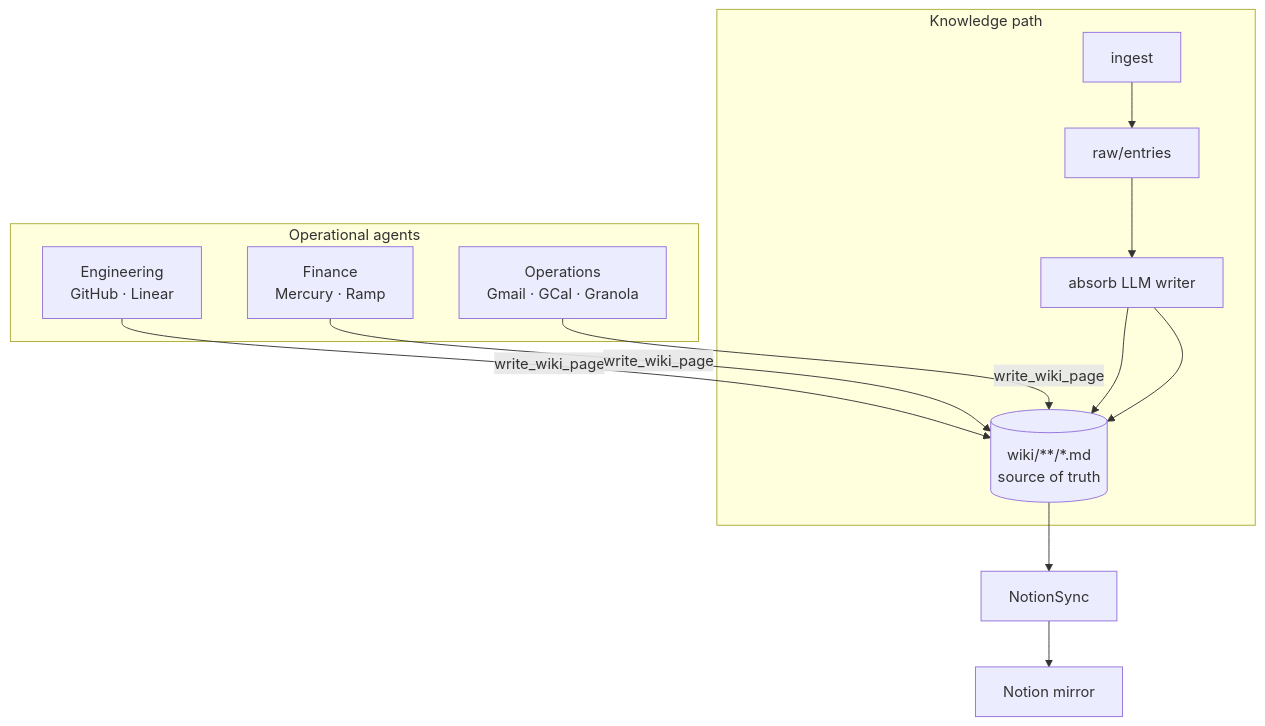
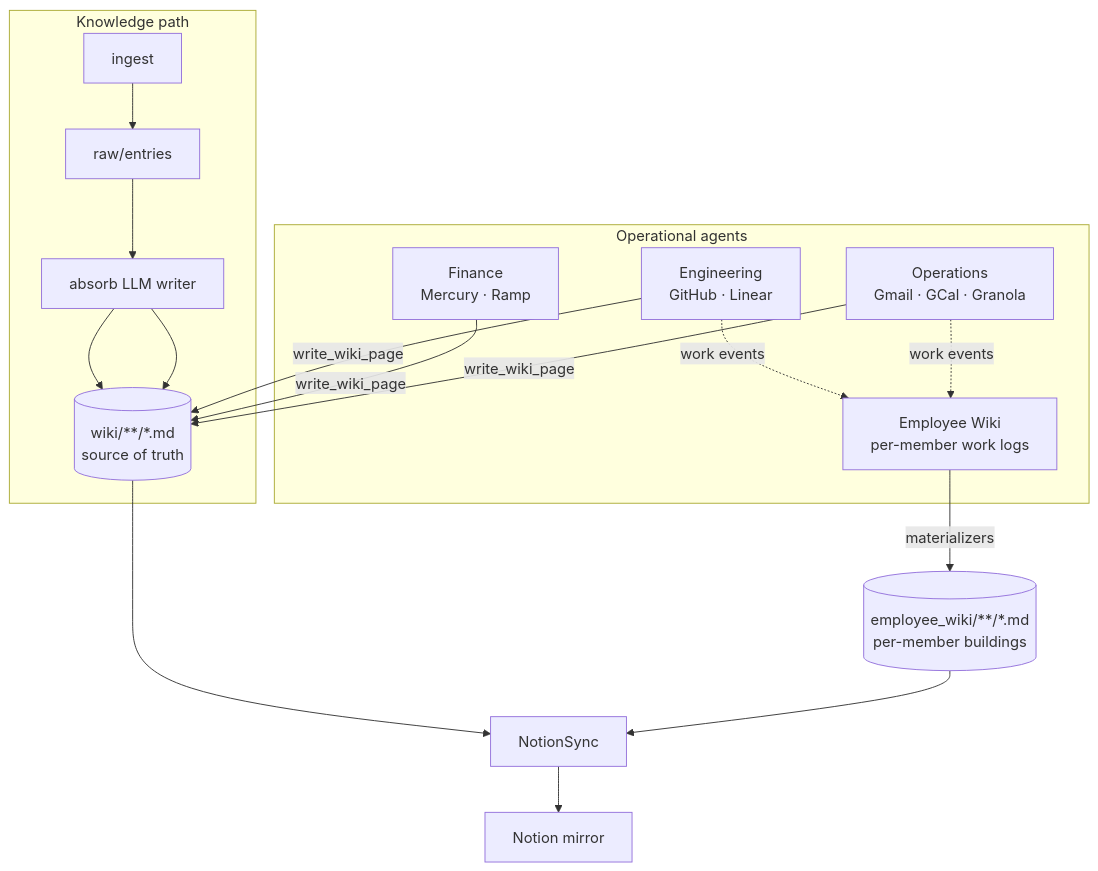
One commit to NickyHeC/4r7a changed the diagram in README.md. Above: the diagram before and after it, drawn with Mermaid. The commit also changed other lines of this file and 16 other files, not shown here.

First line of the commit message:
Audit employee wiki code, sync project docs, and clear doctor warnings.

````diff
--- a/README.md
+++ b/README.md
@@ -31,23 +31,29 @@
 ```mermaid
 flowchart TD
   subgraph knowledge [Knowledge path]
     IN[ingest] --> RAW[raw/entries]
     RAW --> ABS[absorb LLM writer]
     ABS --> WIKI
   end
 
   subgraph departments [Operational agents]
     ENG[Engineering\nGitHub · Linear]
     FIN[Finance\nMercury · Ramp]
     OPS[Operations\nGmail · GCal · Granola]
+    EW[Employee Wiki\nper-member work logs]
   end
 
   WIKI[(wiki/**/*.md\nsource of truth)]
+  EWIKI[(employee_wiki/**/*.md\nper-member buildings)]
   NOTION[Notion mirror]
 
   ENG -->|write_wiki_page| WIKI
   FIN -->|write_wiki_page| WIKI
   OPS -->|write_wiki_page| WIKI
   ABS --> WIKI
+  ENG -. work events .-> EW
+  OPS -. work events .-> EW
+  EW -->|materializers| EWIKI
   WIKI --> NotionSync --> NOTION
+  EWIKI --> NotionSync
 ```
````
